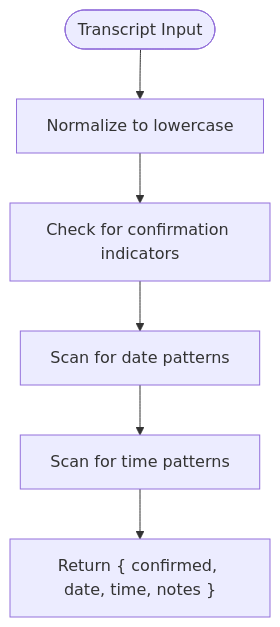
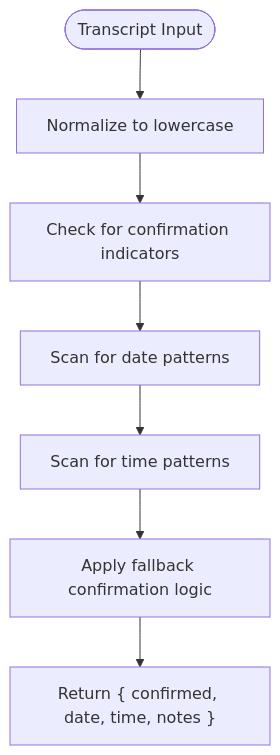
The seventh of 8 diagrams in .qoder/repowiki/en/content/Core Components/Voice Service Integration.md (Armanda888/appointment-voice-agent), drawn with Mermaid before and after one commit. The commit also changed other lines of this file and 10 other files, not shown here.

````diff
--- a/.qoder/repowiki/en/content/Core Components/Voice Service Integration.md
+++ b/.qoder/repowiki/en/content/Core Components/Voice Service Integration.md
@@ -309,8 +343,9 @@
 ```mermaid
 flowchart TD
 Start(["Transcript Input"]) --> Normalize["Normalize to lowercase"]
 Normalize --> CheckConf["Check for confirmation indicators"]
 CheckConf --> DateScan["Scan for date patterns"]
 DateScan --> TimeScan["Scan for time patterns"]
-TimeScan --> Output["Return { confirmed, date, time, notes }"]
+TimeScan --> Fallback["Apply fallback confirmation logic"]
+Fallback --> Output["Return { confirmed, date, time, notes }"]
 ```
````
